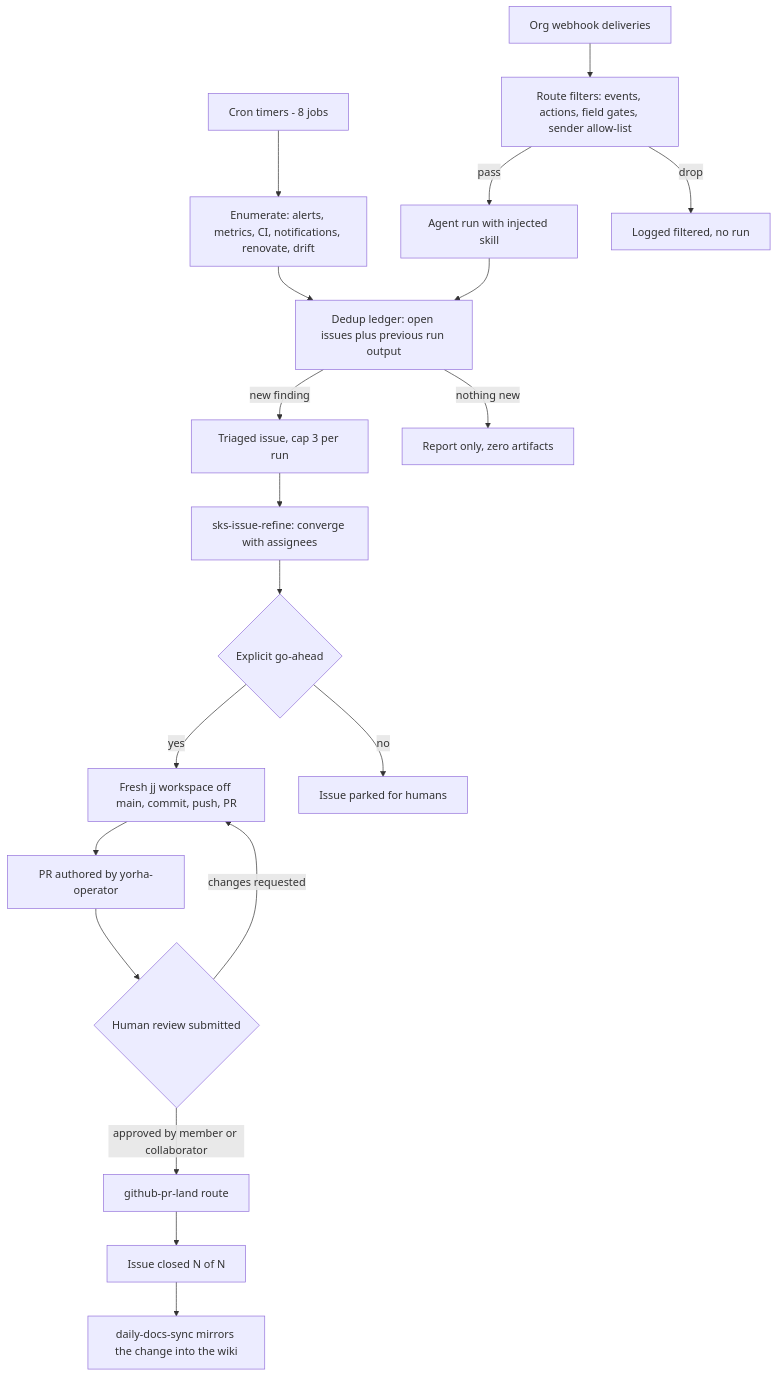
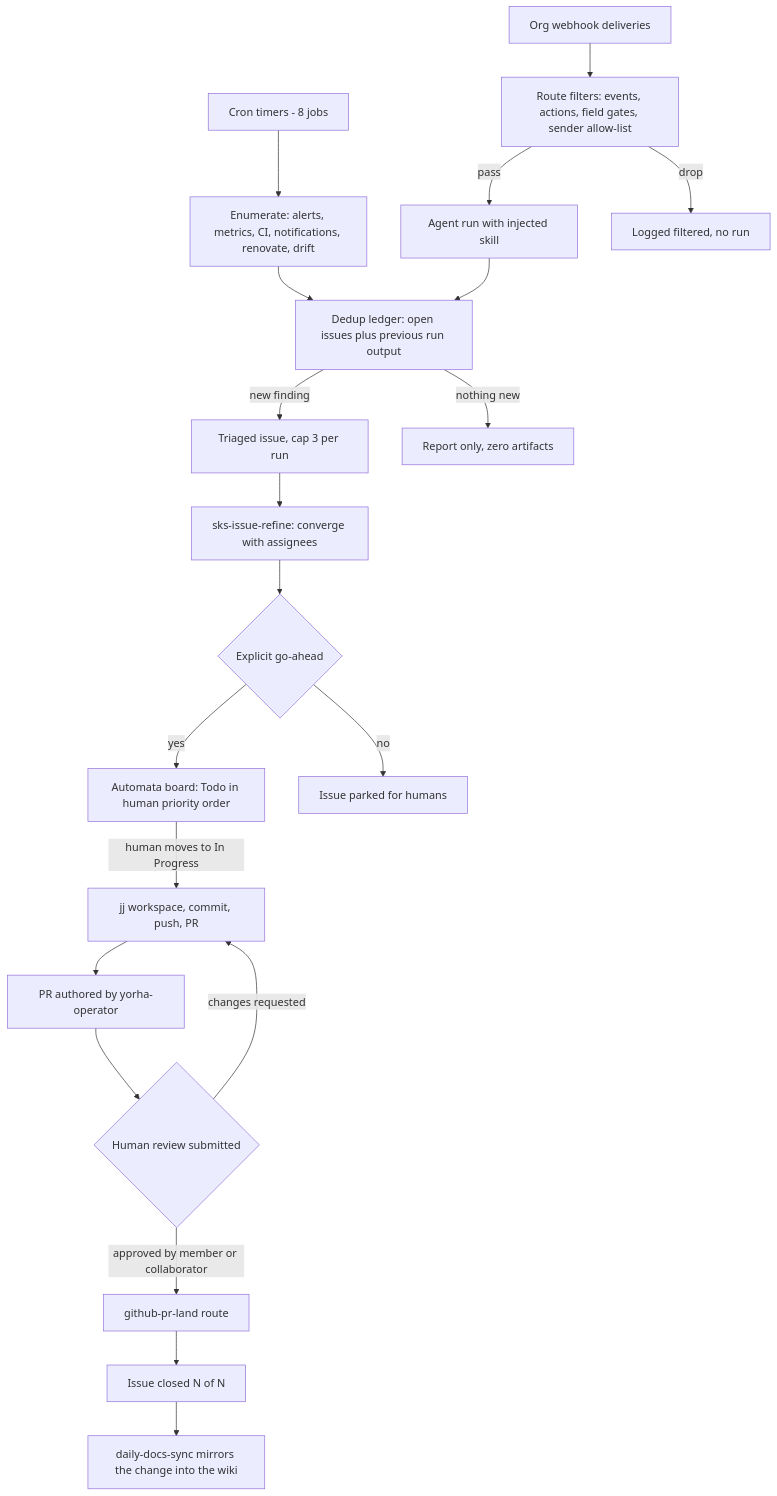
One commit to shikanime-studio/websites changed the diagram in apps/docs/docs/automation/webhooks-cronjobs.md. Above: the diagram before and after it, drawn with Mermaid. The commit also changed other lines of this file, not shown here.

First line of the commit message:
Document the board dispatch route

````diff
--- a/apps/docs/docs/automation/webhooks-cronjobs.md
+++ b/apps/docs/docs/automation/webhooks-cronjobs.md
@@ -20,23 +20,24 @@
 ```mermaid
 flowchart TD
     A[Cron timers - 8 jobs] --> G1
     G1[Enumerate: alerts, metrics, CI, notifications, renovate, drift]
     G1 --> D[Dedup ledger: open issues plus previous run output]
     B[Org webhook deliveries] --> F
     F[Route filters: events, actions, field gates, sender allow-list]
     F -->|pass| G2[Agent run with injected skill]
     F -->|drop| X[Logged filtered, no run]
     G2 --> D
     D -->|new finding| I[Triaged issue, cap 3 per run]
     D -->|nothing new| Z[Report only, zero artifacts]
     I --> R[sks-issue-refine: converge with assignees]
     R --> GO{Explicit go-ahead}
-    GO -->|yes| W[Fresh jj workspace off main, commit, push, PR]
+    GO -->|yes| BRD[Automata board: Todo in human priority order]
+    BRD -->|human moves to In Progress| W[jj workspace, commit, push, PR]
     GO -->|no| PARK[Issue parked for humans]
     W --> P[PR authored by yorha-operator]
     P --> HU{Human review submitted}
     HU -->|approved by member or collaborator| L[github-pr-land route]
     HU -->|changes requested| W
     L --> C[Issue closed N of N]
     C --> DOC[daily-docs-sync mirrors the change into the wiki]
 ```
````
